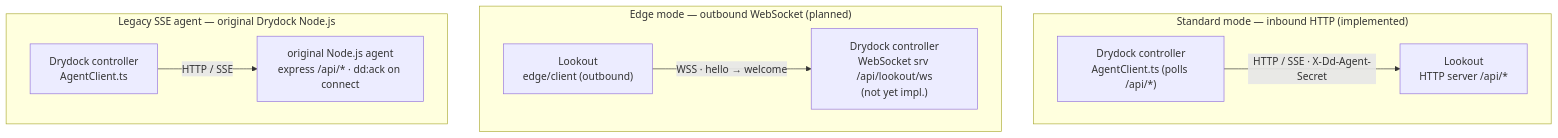
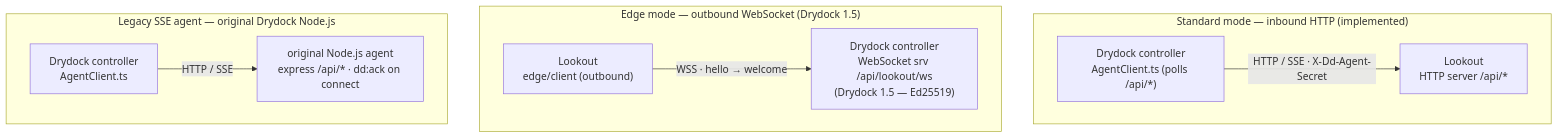
One commit to CodesWhat/portwing changed the first of 3 diagrams in docs/drydock-integration.md. Above: the diagram before and after it, drawn with Mermaid. The commit also changed other lines of this file and 4 other files, not shown here.

First line of the commit message:
📝 docs(edge): reflect shipped Drydock 1.5 /api/lookout/ws endpoint

````diff
--- a/docs/drydock-integration.md
+++ b/docs/drydock-integration.md
@@ -9,23 +9,23 @@
 ```mermaid
 flowchart TB
     subgraph std ["Standard mode — inbound HTTP (implemented)"]
         direction LR
         SC["Drydock controller<br/>AgentClient.ts (polls /api/*)"]
         SL["Lookout<br/>HTTP server /api/*"]
         SC -- "HTTP / SSE · X-Dd-Agent-Secret" --> SL
     end
 
-    subgraph edge ["Edge mode — outbound WebSocket (planned)"]
+    subgraph edge ["Edge mode — outbound WebSocket (Drydock 1.5)"]
         direction LR
         EL["Lookout<br/>edge/client (outbound)"]
-        EC["Drydock controller<br/>WebSocket srv /api/lookout/ws<br/>(not yet impl.)"]
+        EC["Drydock controller<br/>WebSocket srv /api/lookout/ws<br/>(Drydock 1.5 — Ed25519)"]
         EL -- "WSS · hello → welcome" --> EC
     end
 
     subgraph legacy ["Legacy SSE agent — original Drydock Node.js"]
         direction LR
         LC["Drydock controller<br/>AgentClient.ts"]
         LL["original Node.js agent<br/>express /api/* · dd:ack on connect"]
         LC -- "HTTP / SSE" --> LL
     end
 ```
````
